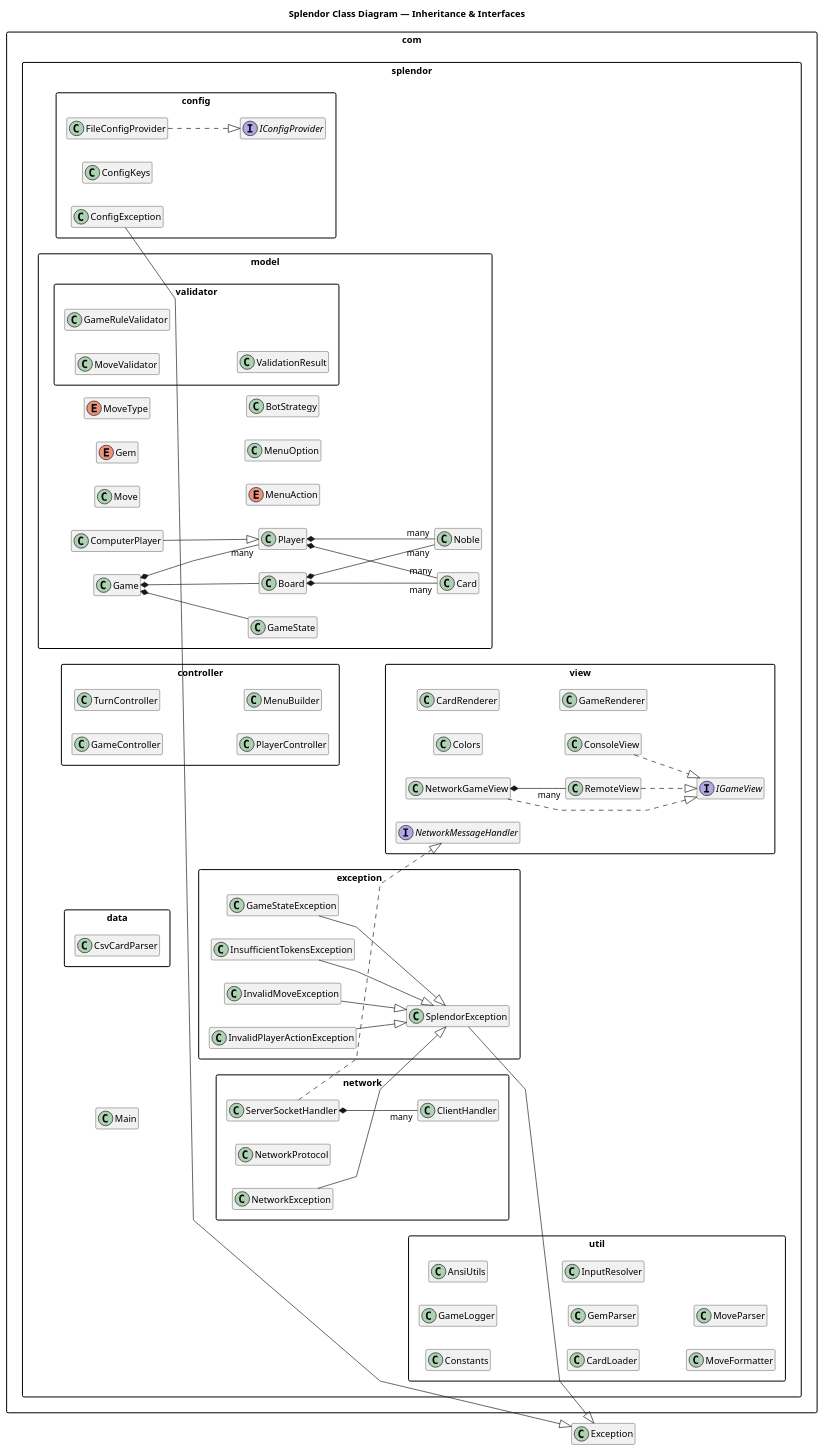
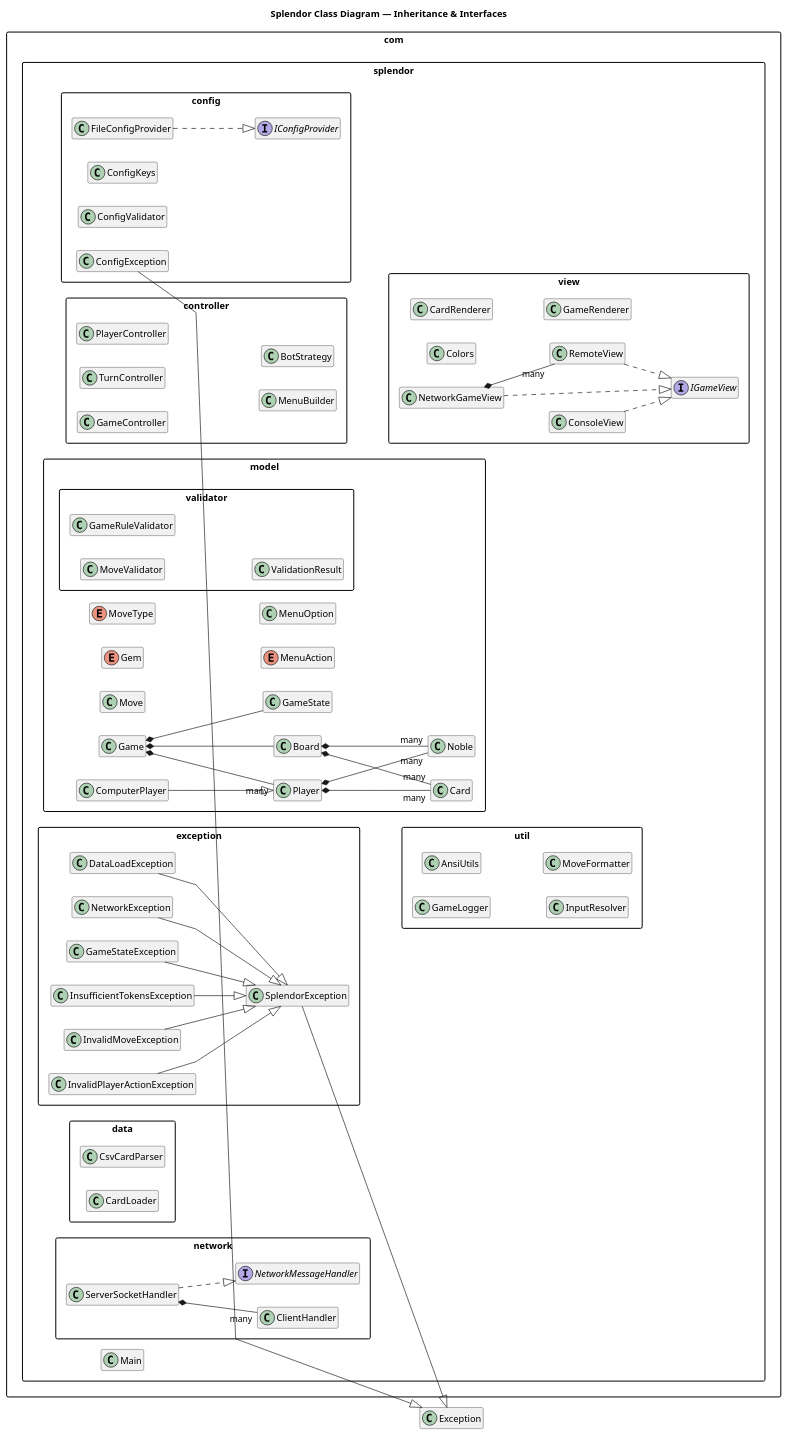
Before and after one commit to bryanseah234/playsplendor: the diagram in docs/diagrams/splendor-inheritance.puml, drawn with PlantUML. The commit also changed 193 other files, not shown here.

```diff
--- a/docs/diagrams/splendor-inheritance.puml
+++ b/docs/diagrams/splendor-inheritance.puml
@@ -1,126 +1,125 @@
 @startuml splendor_inheritance
 
 title Splendor Class Diagram — Inheritance & Interfaces
 
 left to right direction
 skinparam classAttributeIconSize 0
 skinparam shadowing false
 skinparam linetype polyline
 skinparam packageStyle rectangle
 skinparam monochrome false
 hide empty members
 
 package "com.splendor" {
   class Main
 }
 
 package "com.splendor.config" {
   interface IConfigProvider
   class FileConfigProvider
   class ConfigKeys
+  class ConfigValidator
   class ConfigException
 }
 
 package "com.splendor.exception" {
   class SplendorException
+  class DataLoadException
+  class NetworkException
   class GameStateException
   class InsufficientTokensException
   class InvalidMoveException
   class InvalidPlayerActionException
 }
 
 package "com.splendor.controller" {
   class GameController
   class TurnController
   class PlayerController
   class MenuBuilder
+  class BotStrategy
 }
 
 package "com.splendor.model" {
   class Game
   class Board
   class Player
   class ComputerPlayer
   class Card
   class Noble
   class Move
   class GameState
   enum Gem
   enum MoveType
   enum MenuAction
   class MenuOption
-  class BotStrategy
 }
 
 package "com.splendor.data" {
   class CsvCardParser
+  class CardLoader
 }
 
 package "com.splendor.model.validator" {
   class MoveValidator
   class GameRuleValidator
   class ValidationResult
 }
 
 package "com.splendor.view" {
   interface IGameView
   class Colors
   class CardRenderer
   class ConsoleView
   class NetworkGameView
   class RemoteView
-  interface NetworkMessageHandler
   class GameRenderer
 }
 
 package "com.splendor.network" {
   class ServerSocketHandler
   class ClientHandler
-  class NetworkProtocol
-  class NetworkException
+  interface NetworkMessageHandler
 }
 
 package "com.splendor.util" {
-  class Constants
   class GameLogger
   class AnsiUtils
-  class CardLoader
-  class GemParser
   class InputResolver
   class MoveFormatter
-  class MoveParser
 }
 
 ' ── Config ──────────────────────────────────────
 FileConfigProvider ..|> IConfigProvider
 ConfigException --|> Exception
 
 ' ── Exception hierarchy ─────────────────────────
 SplendorException --|> Exception
+DataLoadException --|> SplendorException
+NetworkException --|> SplendorException
 GameStateException --|> SplendorException
 InsufficientTokensException --|> SplendorException
 InvalidMoveException --|> SplendorException
 InvalidPlayerActionException --|> SplendorException
 
 ' ── Network ─────────────────────────────────────
-NetworkException --|> SplendorException
 ServerSocketHandler ..|> NetworkMessageHandler
 ServerSocketHandler *-- "many" ClientHandler
 
 ' ── Model hierarchy & composition ───────────────
 ComputerPlayer --|> Player
 Game *-- Board
 Game *-- "many" Player
 Game *-- GameState
 Board *-- "many" Card
 Board *-- "many" Noble
 Player *-- "many" Card
 Player *-- "many" Noble
 
 ' ── View implementations ─────────────────────────
 ConsoleView ..|> IGameView
 NetworkGameView ..|> IGameView
 RemoteView ..|> IGameView
 NetworkGameView *-- "many" RemoteView
 
 @enduml
```
